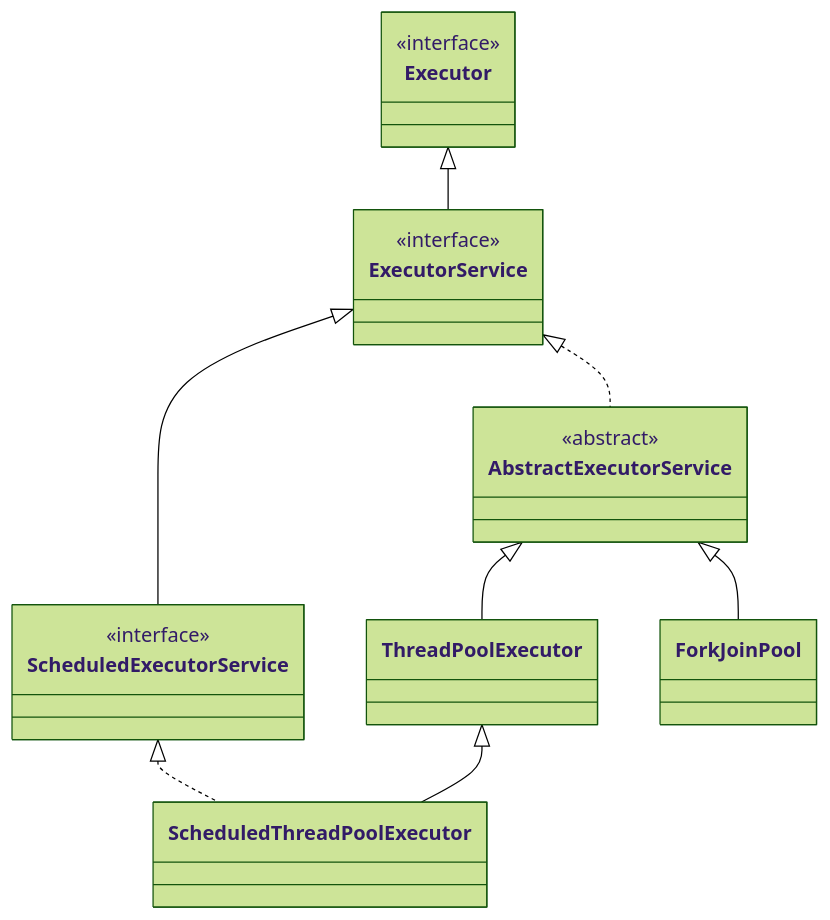
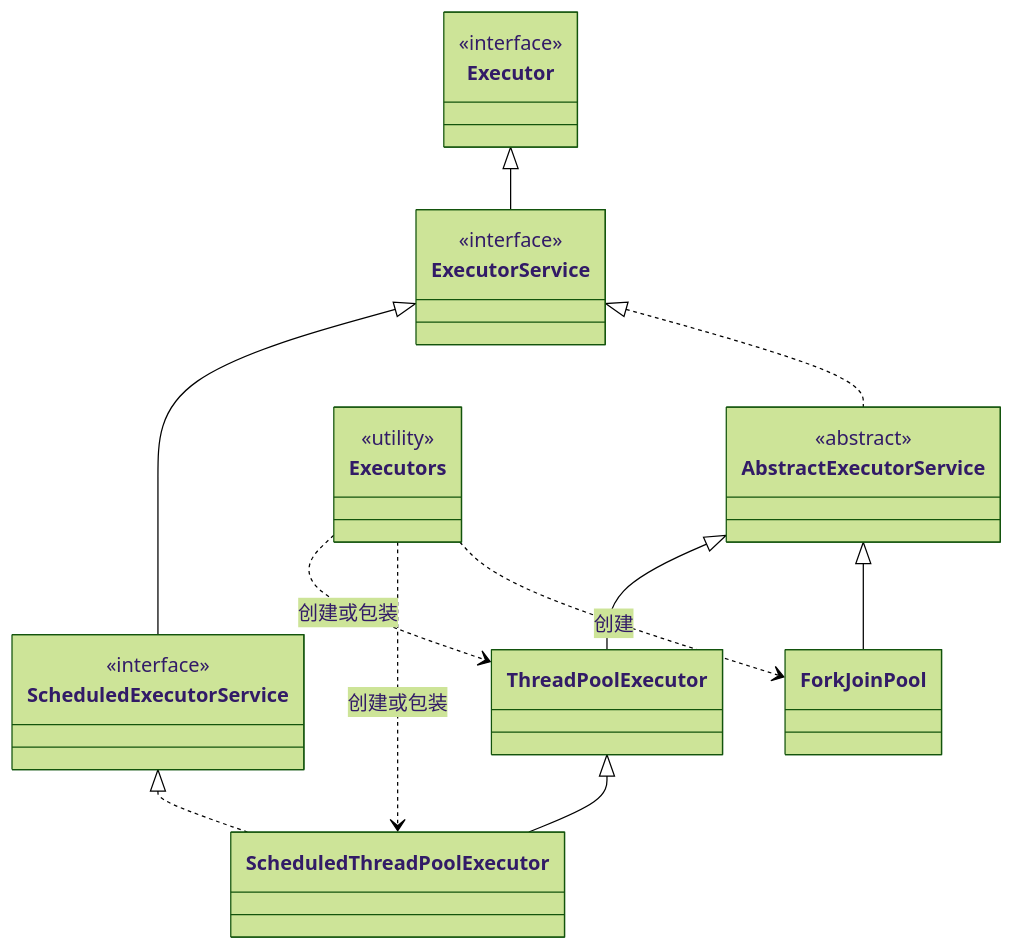
The second of 2 diagrams in 002_消费记录分库分表、不停机数据迁移、ES 改造/016_不停机数据迁移_在线历史迁移_线程池_Java 中的线程池体系.md (sunjiayu1105/eas), drawn with Mermaid (forest theme) before and after one commit. The commit also changed other lines of this file, not shown here.

Commit message:
docs: 补充执行器接口继承及工具创建关系图

````diff
--- a/002_消费记录分库分表、不停机数据迁移、ES 改造/016_不停机数据迁移_在线历史迁移_线程池_Java 中的线程池体系.md
+++ b/002_消费记录分库分表、不停机数据迁移、ES 改造/016_不停机数据迁移_在线历史迁移_线程池_Java 中的线程池体系.md
@@ -33,22 +41,28 @@
 ```mermaid
 classDiagram
     class Executor {
         <<interface>>
     }
     class ExecutorService {
         <<interface>>
     }
     class ScheduledExecutorService {
         <<interface>>
     }
     class AbstractExecutorService {
         <<abstract>>
     }
+    class Executors {
+        <<utility>>
+    }
     Executor <|-- ExecutorService
     ExecutorService <|-- ScheduledExecutorService
     ExecutorService <|.. AbstractExecutorService
     AbstractExecutorService <|-- ThreadPoolExecutor
     AbstractExecutorService <|-- ForkJoinPool
     ThreadPoolExecutor <|-- ScheduledThreadPoolExecutor
     ScheduledExecutorService <|.. ScheduledThreadPoolExecutor
+    Executors ..> ThreadPoolExecutor : 创建或包装
+    Executors ..> ScheduledThreadPoolExecutor : 创建或包装
+    Executors ..> ForkJoinPool : 创建
 ```
````
